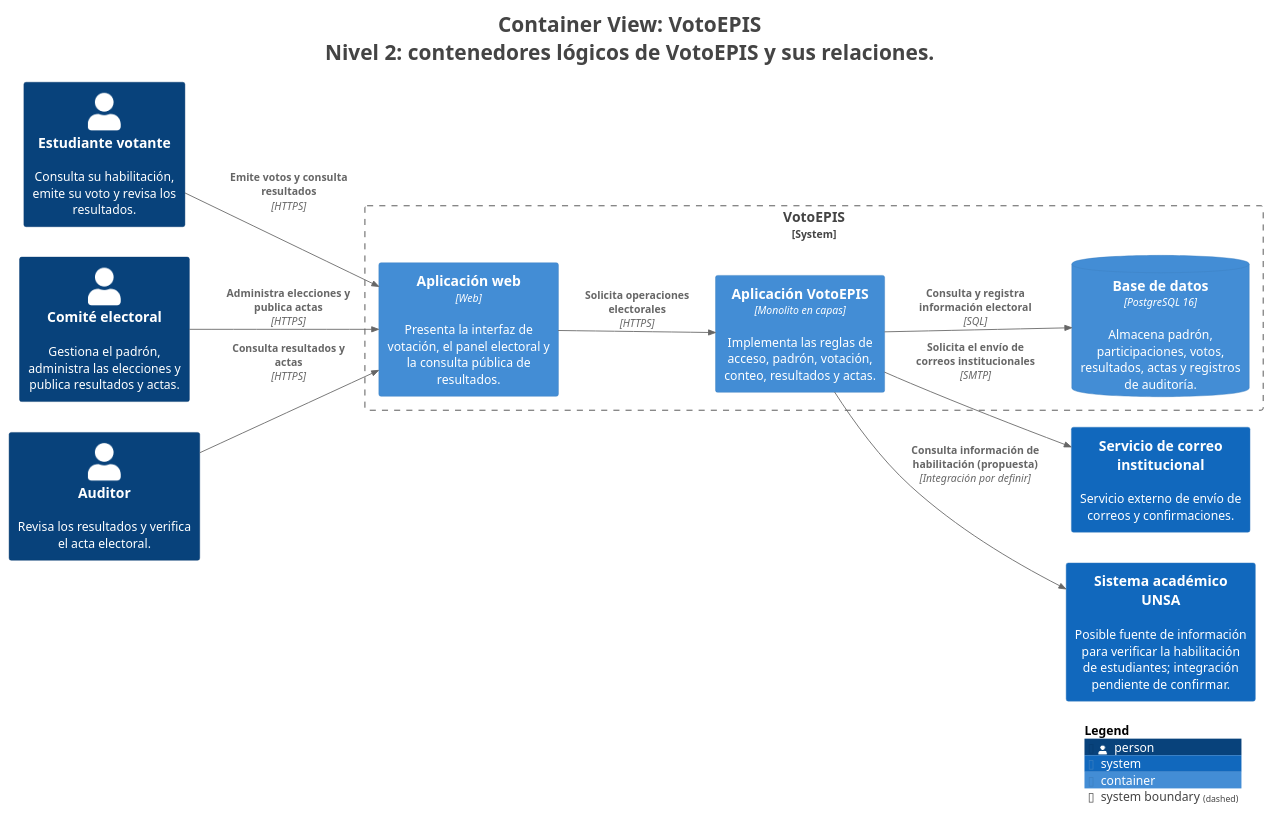
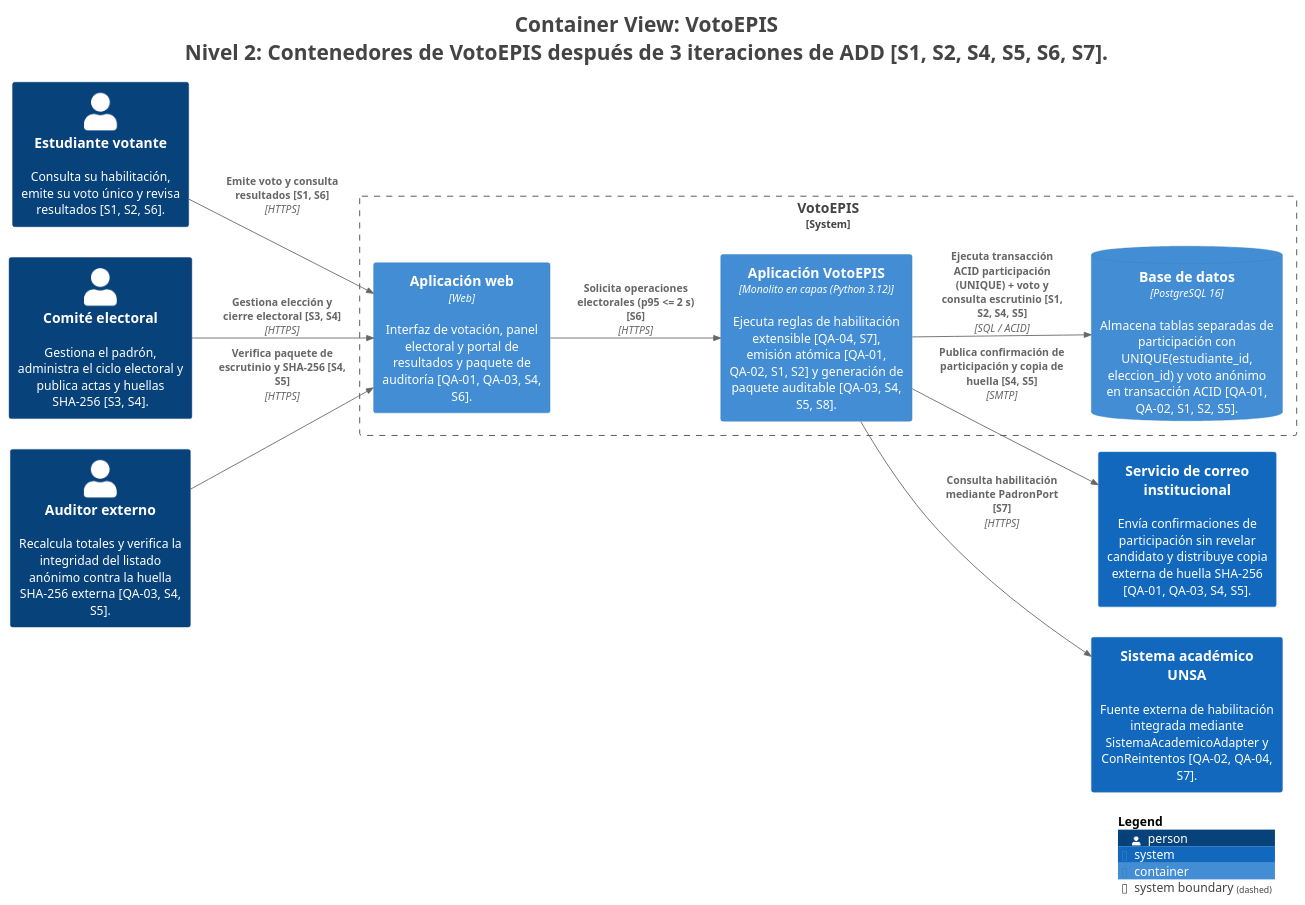
One commit to JoseMorocco/cs-2026b-lab04-grupo-b-votoepis changed the diagram in docs/architecture/c4/export/structurizr-Contenedores.puml. Above: the diagram before and after it, drawn with PlantUML. The commit also changed 23 other files, not shown here.

```diff
--- a/docs/architecture/c4/export/structurizr-Contenedores.puml
+++ b/docs/architecture/c4/export/structurizr-Contenedores.puml
@@ -1,40 +1,40 @@
 @startuml
-title <size:24>Container View: VotoEPIS</size>\n<size:24>Nivel 2: contenedores lógicos de VotoEPIS y sus relaciones.</size>
+title <size:24>Container View: VotoEPIS</size>\n<size:24>Nivel 2: Contenedores de VotoEPIS después de 3 iteraciones de ADD [S1, S2, S4, S5, S6, S7].</size>
 
 set separator none
 left to right direction
 
 <style>
   root {
     BackgroundColor: #ffffff
     FontColor: #444444
   }
 </style>
 
 !include <C4/C4>
 !include <C4/C4_Context>
 !include <C4/C4_Container>
 
-Person(Estudiantevotante, "Estudiante votante", $descr="Consulta su habilitación, emite su voto y revisa los resultados.", $tags="", $link="")
-Person(Comitéelectoral, "Comité electoral", $descr="Gestiona el padrón, administra las elecciones y publica resultados y actas.", $tags="", $link="")
-Person(Auditor, "Auditor", $descr="Revisa los resultados y verifica el acta electoral.", $tags="", $link="")
-System(Serviciodecorreoinstitucional, "Servicio de correo institucional", $descr="Servicio externo de envío de correos y confirmaciones.", $tags="", $link="")
-System(SistemaacadémicoUNSA, "Sistema académico UNSA", $descr="Posible fuente de información para verificar la habilitación de estudiantes; integración pendiente de confirmar.", $tags="", $link="")
+Person(Estudiantevotante, "Estudiante votante", $descr="Consulta su habilitación, emite su voto único y revisa resultados [S1, S2, S6].", $tags="", $link="")
+Person(Comitéelectoral, "Comité electoral", $descr="Gestiona el padrón, administra el ciclo electoral y publica actas y huellas SHA-256 [S3, S4].", $tags="", $link="")
+Person(Auditorexterno, "Auditor externo", $descr="Recalcula totales y verifica la integridad del listado anónimo contra la huella SHA-256 externa [QA-03, S4, S5].", $tags="", $link="")
+System(Serviciodecorreoinstitucional, "Servicio de correo institucional", $descr="Envía confirmaciones de participación sin revelar candidato y distribuye copia externa de huella SHA-256 [QA-01, QA-03, S4, S5].", $tags="", $link="")
+System(SistemaacadémicoUNSA, "Sistema académico UNSA", $descr="Fuente externa de habilitación integrada mediante SistemaAcademicoAdapter y ConReintentos [QA-02, QA-04, S7].", $tags="", $link="")
 
 System_Boundary("VotoEPIS_boundary", "VotoEPIS", $tags="") {
-  ContainerDb(VotoEPIS.Basededatos, "Base de datos", $techn="PostgreSQL 16", $descr="Almacena padrón, participaciones, votos, resultados, actas y registros de auditoría.", $tags="", $link="")
-  Container(VotoEPIS.Aplicaciónweb, "Aplicación web", $techn="Web", $descr="Presenta la interfaz de votación, el panel electoral y la consulta pública de resultados.", $tags="", $link="")
-  Container(VotoEPIS.AplicaciónVotoEPIS, "Aplicación VotoEPIS", $techn="Monolito en capas", $descr="Implementa las reglas de acceso, padrón, votación, conteo, resultados y actas.", $tags="", $link="")
+  ContainerDb(VotoEPIS.Basededatos, "Base de datos", $techn="PostgreSQL 16", $descr="Almacena tablas separadas de participación con UNIQUE(estudiante_id, eleccion_id) y voto anónimo en transacción ACID [QA-01, QA-02, S1, S2, S5].", $tags="", $link="")
+  Container(VotoEPIS.Aplicaciónweb, "Aplicación web", $techn="Web", $descr="Interfaz de votación, panel electoral y portal de resultados y paquete de auditoría [QA-01, QA-03, S4, S6].", $tags="", $link="")
+  Container(VotoEPIS.AplicaciónVotoEPIS, "Aplicación VotoEPIS", $techn="Monolito en capas (Python 3.12)", $descr="Ejecuta reglas de habilitación extensible [QA-04, S7], emisión atómica [QA-01, QA-02, S1, S2] y generación de paquete auditable [QA-03, S4, S5, S8].", $tags="", $link="")
 }
 
-Rel(Estudiantevotante, VotoEPIS.Aplicaciónweb, "Emite votos y consulta resultados", $techn="HTTPS", $tags="", $link="")
-Rel(Comitéelectoral, VotoEPIS.Aplicaciónweb, "Administra elecciones y publica actas", $techn="HTTPS", $tags="", $link="")
-Rel(Auditor, VotoEPIS.Aplicaciónweb, "Consulta resultados y actas", $techn="HTTPS", $tags="", $link="")
-Rel(VotoEPIS.Aplicaciónweb, VotoEPIS.AplicaciónVotoEPIS, "Solicita operaciones electorales", $techn="HTTPS", $tags="", $link="")
-Rel(VotoEPIS.AplicaciónVotoEPIS, VotoEPIS.Basededatos, "Consulta y registra información electoral", $techn="SQL", $tags="", $link="")
-Rel(VotoEPIS.AplicaciónVotoEPIS, Serviciodecorreoinstitucional, "Solicita el envío de correos institucionales", $techn="SMTP", $tags="", $link="")
-Rel(VotoEPIS.AplicaciónVotoEPIS, SistemaacadémicoUNSA, "Consulta información de habilitación (propuesta)", $techn="Integración por definir", $tags="", $link="")
+Rel(Estudiantevotante, VotoEPIS.Aplicaciónweb, "Emite voto y consulta resultados [S1, S6]", $techn="HTTPS", $tags="", $link="")
+Rel(Comitéelectoral, VotoEPIS.Aplicaciónweb, "Gestiona elección y cierre electoral [S3, S4]", $techn="HTTPS", $tags="", $link="")
+Rel(Auditorexterno, VotoEPIS.Aplicaciónweb, "Verifica paquete de escrutinio y SHA-256 [S4, S5]", $techn="HTTPS", $tags="", $link="")
+Rel(VotoEPIS.Aplicaciónweb, VotoEPIS.AplicaciónVotoEPIS, "Solicita operaciones electorales (p95 <= 2 s) [S6]", $techn="HTTPS", $tags="", $link="")
+Rel(VotoEPIS.AplicaciónVotoEPIS, VotoEPIS.Basededatos, "Ejecuta transacción ACID participación (UNIQUE) + voto y consulta escrutinio [S1, S2, S4, S5]", $techn="SQL / ACID", $tags="", $link="")
+Rel(VotoEPIS.AplicaciónVotoEPIS, Serviciodecorreoinstitucional, "Publica confirmación de participación y copia de huella [S4, S5]", $techn="SMTP", $tags="", $link="")
+Rel(VotoEPIS.AplicaciónVotoEPIS, SistemaacadémicoUNSA, "Consulta habilitación mediante PadronPort [S7]", $techn="HTTPS", $tags="", $link="")
 
 SHOW_LEGEND(true)
 hide stereotypes
 @enduml
```
